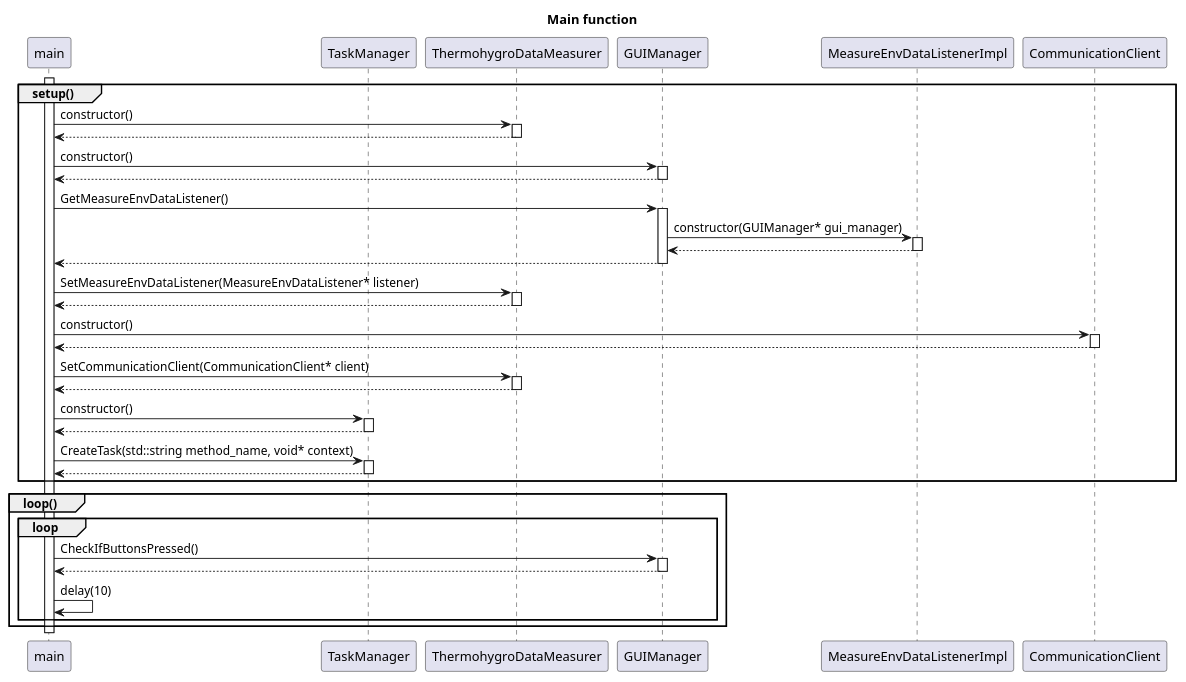
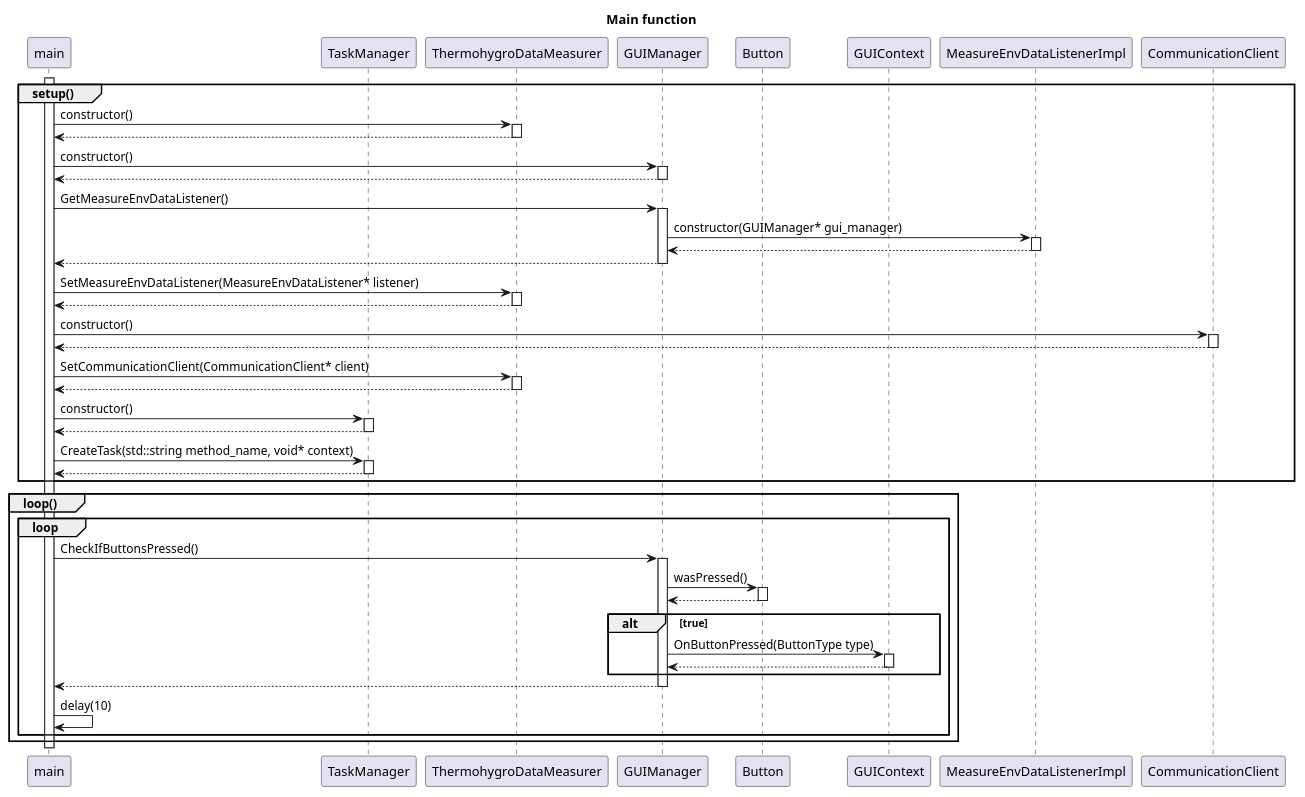
The diagram in DesignDocs/M5StackThermohygrometer/sequence_diagram_main.pu (chukeblo/thermohygrometer), drawn with PlantUML before and after one commit.

Commit message:
add sequence of checking button inputs

```diff
--- a/DesignDocs/M5StackThermohygrometer/sequence_diagram_main.pu
+++ b/DesignDocs/M5StackThermohygrometer/sequence_diagram_main.pu
@@ -1,53 +1,63 @@
 @startuml main
 title Main function
 
 participant main
 participant TaskManager
 participant ThermohygroDataMeasurer
 participant GUIManager
+participant Button
+participant GUIContext
 participant MeasureEnvDataListenerImpl
 participant CommunicationClient
 
 activate main
 group setup()
     main -> ThermohygroDataMeasurer: constructor()
     activate ThermohygroDataMeasurer
     return
     main -> GUIManager: constructor()
     activate GUIManager
     return
     main -> GUIManager: GetMeasureEnvDataListener()
     activate GUIManager
     GUIManager -> MeasureEnvDataListenerImpl: constructor(GUIManager* gui_manager)
     activate MeasureEnvDataListenerImpl
     return
     return
     main -> ThermohygroDataMeasurer: SetMeasureEnvDataListener(MeasureEnvDataListener* listener)
     activate ThermohygroDataMeasurer
     return
     main -> CommunicationClient: constructor()
     activate CommunicationClient
     return
     main -> ThermohygroDataMeasurer: SetCommunicationClient(CommunicationClient* client)
     activate ThermohygroDataMeasurer
     return
     main -> TaskManager: constructor()
     activate TaskManager
     return
     main -> TaskManager: CreateTask(std::string method_name, void* context)
     activate TaskManager
     return
 end
 
 group loop()
     loop
         main -> GUIManager: CheckIfButtonsPressed()
         activate GUIManager
+        GUIManager -> Button: wasPressed()
+        activate Button
+        return
+        alt true
+            GUIManager -> GUIContext: OnButtonPressed(ButtonType type)
+            activate GUIContext
+            return
+        end
         return
         main -> main: delay(10)
     end
 end
 deactivate main
 
 
 @enduml
```
